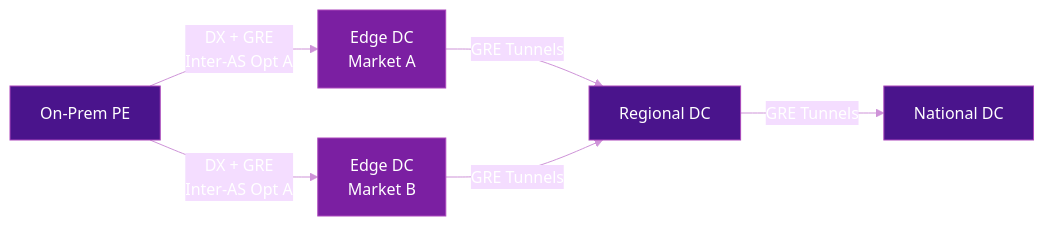
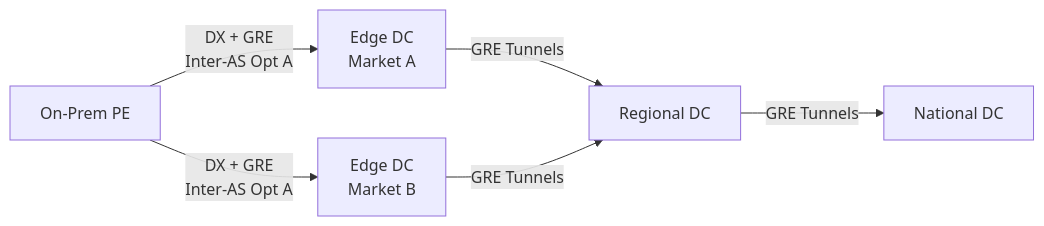
The first of 2 diagrams in docs/use-cases/cloud-native-backbone.md (eldaninavas/srv6.md), drawn with Mermaid before and after one commit. The commit also changed other lines of this file and 29 other files, not shown here.

First line of the commit message:
fix(mermaid): apply theme-aware colors site-wide

````diff
--- a/docs/use-cases/cloud-native-backbone.md
+++ b/docs/use-cases/cloud-native-backbone.md
@@ -29,15 +29,8 @@
 ```mermaid
-%%{init: {"theme": "base", "themeVariables": {"primaryTextColor": "#fff", "lineColor": "#ce93d8", "textColor": "#fff"}}}%%
 graph LR
     EDGE_A[Edge DC<br/>Market A] -->|GRE Tunnels| REG[Regional DC]
     EDGE_B[Edge DC<br/>Market B] -->|GRE Tunnels| REG
     REG -->|GRE Tunnels| NAT[National DC]
     ONPREM[On-Prem PE] -->|DX + GRE<br/>Inter-AS Opt A| EDGE_A
     ONPREM -->|DX + GRE<br/>Inter-AS Opt A| EDGE_B
-
-    style EDGE_A fill:#7b1fa2,color:#fff,stroke:#ab47bc
-    style EDGE_B fill:#7b1fa2,color:#fff,stroke:#ab47bc
-    style REG fill:#4a148c,color:#fff,stroke:#ab47bc
-    style NAT fill:#4a148c,color:#fff,stroke:#ab47bc
-    style ONPREM fill:#4a148c,color:#fff,stroke:#ab47bc
 ```
````
